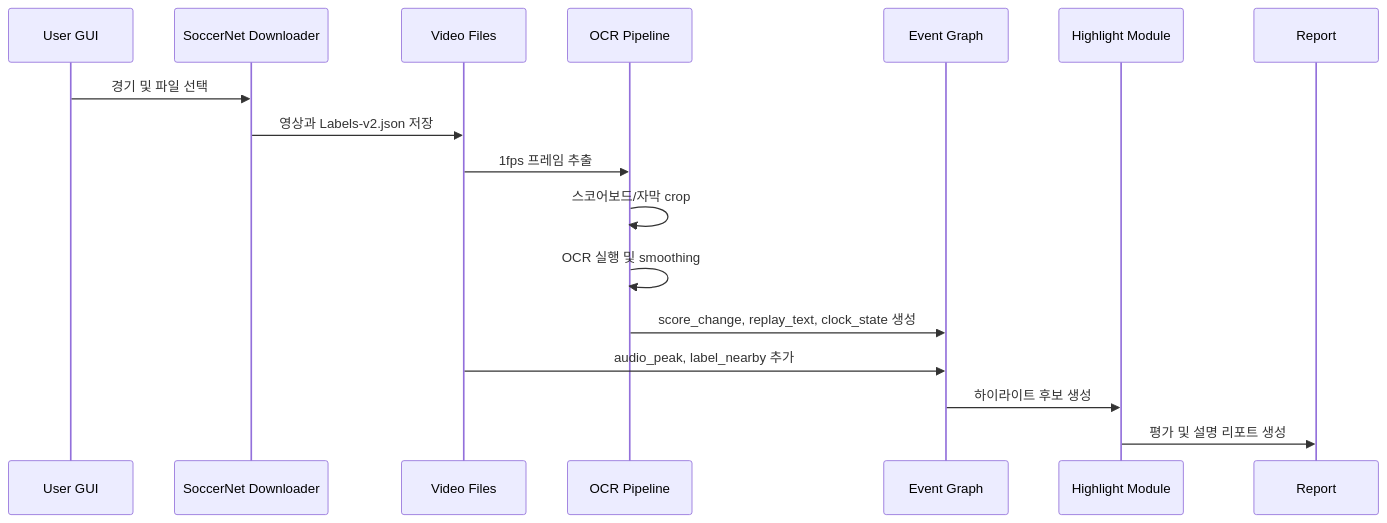
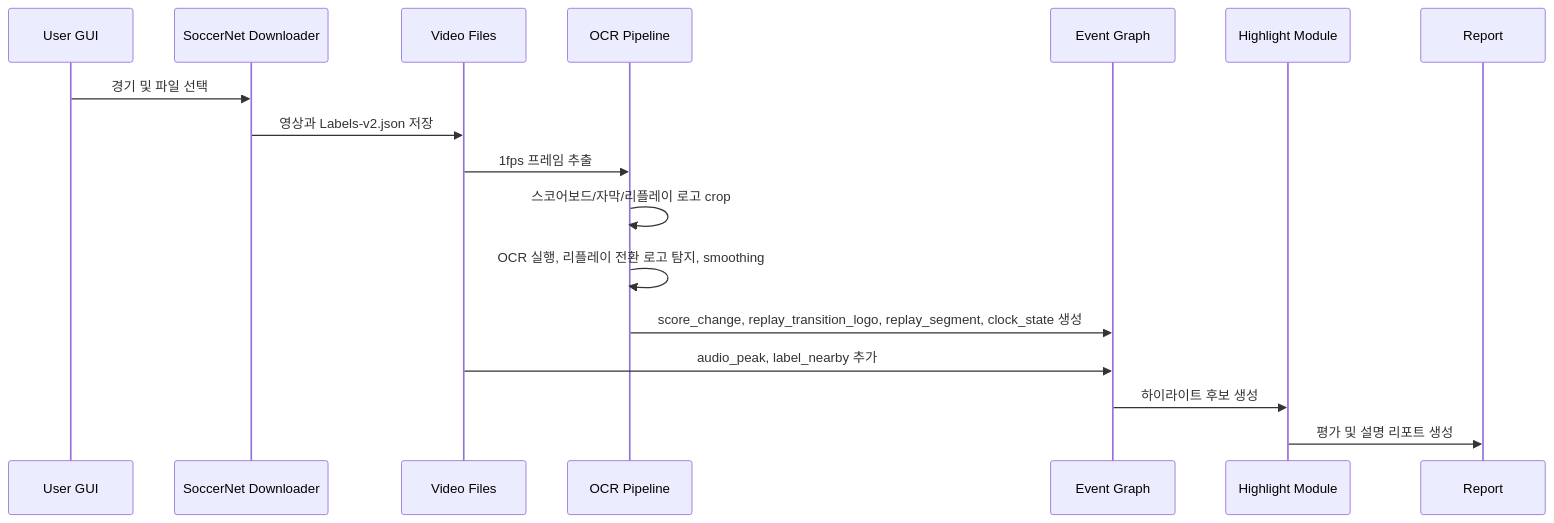
One commit to chjnett/my-sports-ai changed the second of 2 diagrams in docs/RESEARCH_ARCHITECTURE.md. Above: the diagram before and after it, drawn with Mermaid. The commit also changed other lines of this file and 34 other files, not shown here.

````diff
--- a/docs/RESEARCH_ARCHITECTURE.md
+++ b/docs/RESEARCH_ARCHITECTURE.md
@@ -69,20 +69,20 @@
 ```mermaid
 sequenceDiagram
     participant U as User GUI
     participant D as SoccerNet Downloader
     participant V as Video Files
     participant O as OCR Pipeline
     participant G as Event Graph
     participant H as Highlight Module
     participant R as Report
 
     U->>D: 경기 및 파일 선택
     D->>V: 영상과 Labels-v2.json 저장
     V->>O: 1fps 프레임 추출
-    O->>O: 스코어보드/자막 crop
-    O->>O: OCR 실행 및 smoothing
-    O->>G: score_change, replay_text, clock_state 생성
+    O->>O: 스코어보드/자막/리플레이 로고 crop
+    O->>O: OCR 실행, 리플레이 전환 로고 탐지, smoothing
+    O->>G: score_change, replay_transition_logo, replay_segment, clock_state 생성
     V->>G: audio_peak, label_nearby 추가
     G->>H: 하이라이트 후보 생성
     H->>R: 평가 및 설명 리포트 생성
 ```
````
